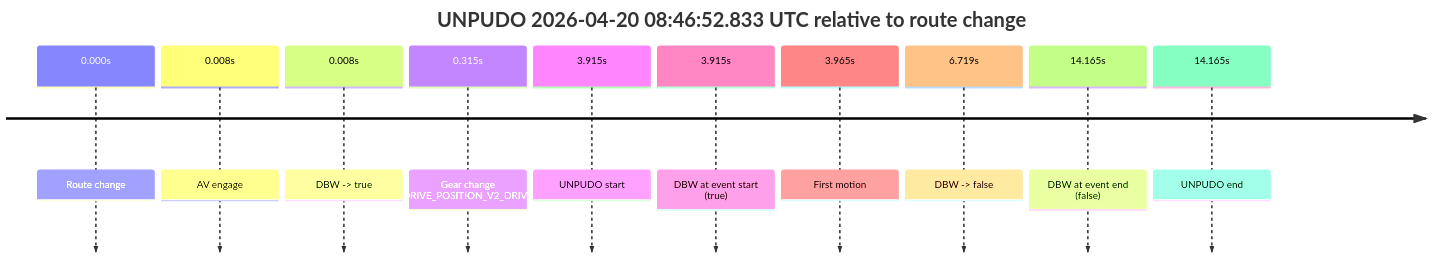
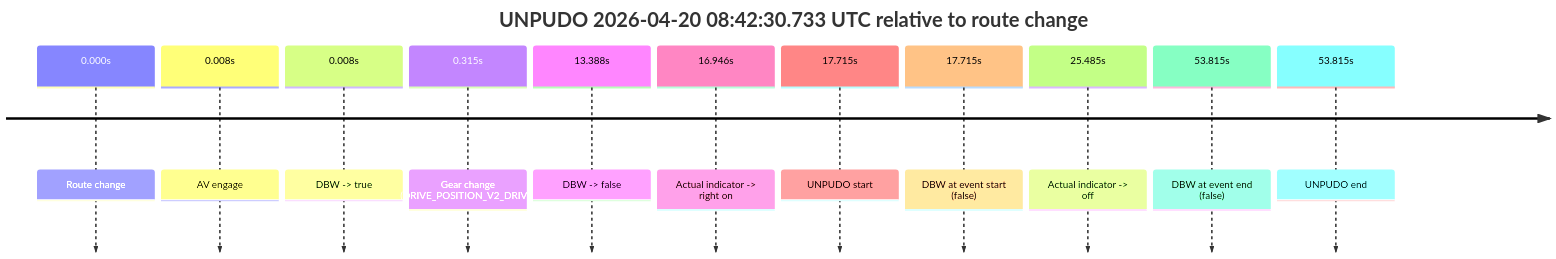
The first of 8 diagrams in model_analysis/report_cards/2026/04/Week-4/fme20007--2026-04-20--08-33-29--gen2-av-606e1613-95e0-41ca-aff3-36aa6590a0a1.md (yoelshapiro/vault), drawn with Mermaid before and after one commit. The commit also changed other lines of this file and 53 other files, not shown here.

````diff
--- a/model_analysis/report_cards/2026/04/Week-4/fme20007--2026-04-20--08-33-29--gen2-av-606e1613-95e0-41ca-aff3-36aa6590a0a1.md
+++ b/model_analysis/report_cards/2026/04/Week-4/fme20007--2026-04-20--08-33-29--gen2-av-606e1613-95e0-41ca-aff3-36aa6590a0a1.md
@@ -43,14 +44,15 @@
 ```mermaid
 timeline
-    title UNPUDO 2026-04-20 08:46:52.833 UTC relative to route change
+    title UNPUDO 2026-04-20 08:42:30.733 UTC relative to route change
     0.000s : Route change
     0.008s : AV engage
     0.008s : DBW -> true
     0.315s : Gear change (DRIVE_POSITION_V2_DRIVE)
-    3.915s : UNPUDO start
-    3.915s : DBW at event start (true)
-    3.965s : First motion
-    6.719s : DBW -> false
-    14.165s : DBW at event end (false)
-    14.165s : UNPUDO end
+    13.388s : DBW -> false
+    16.946s : Actual indicator -> right on
+    17.715s : UNPUDO start
+    17.715s : DBW at event start (false)
+    25.485s : Actual indicator -> off
+    53.815s : DBW at event end (false)
+    53.815s : UNPUDO end
 ```
````
